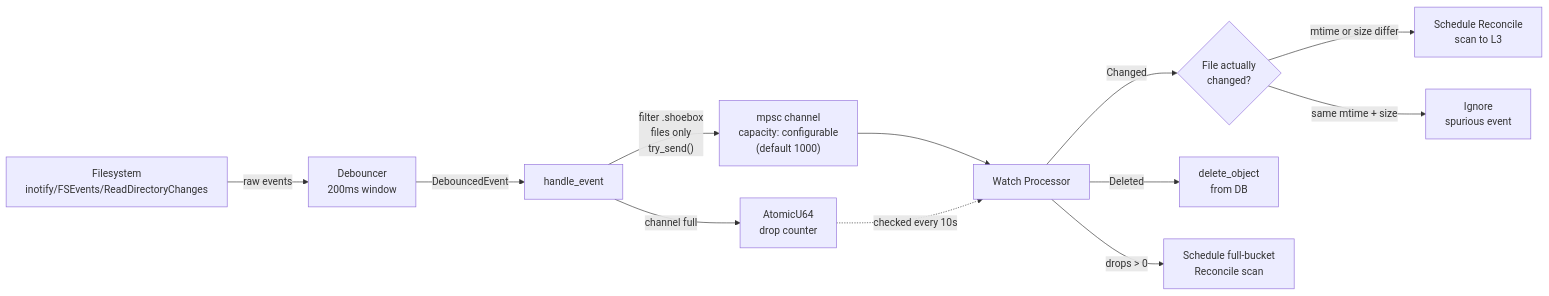
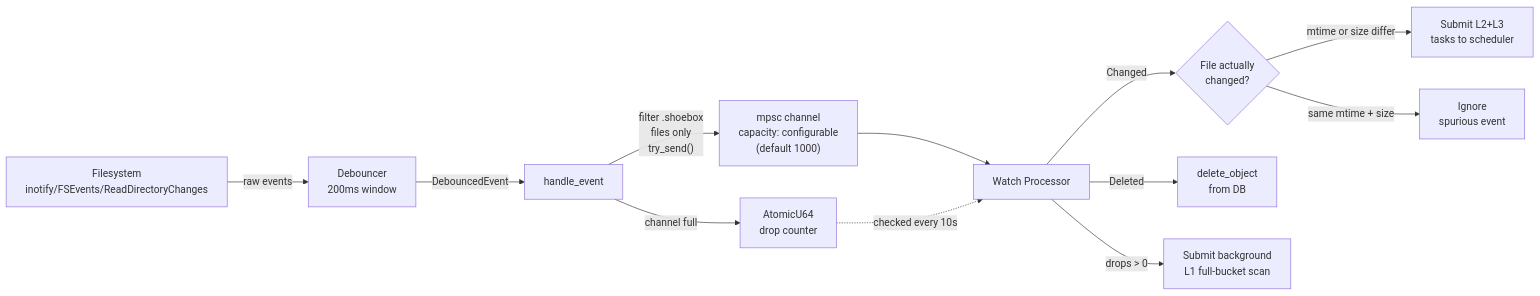
One commit to deepjoy/shoebox changed the sixth of 7 diagrams in docs/architecture/scanner.md. Above: the diagram before and after it, drawn with Mermaid. The commit also changed other lines of this file and 15 other files, not shown here.

````diff
--- a/docs/architecture/scanner.md
+++ b/docs/architecture/scanner.md
@@ -210,16 +222,16 @@
 ```mermaid
 graph LR
     FS["Filesystem<br>inotify/FSEvents/ReadDirectoryChanges"] -->|raw events| DEBOUNCE[Debouncer<br>200ms window]
     DEBOUNCE -->|DebouncedEvent| HANDLER[handle_event]
     HANDLER -->|"filter .shoebox<br>files only<br>try_send()"| CHAN["mpsc channel<br>capacity: configurable<br>(default 1000)"]
     HANDLER -->|"channel full"| DROPS["AtomicU64<br>drop counter"]
     CHAN --> WATCHPROC[Watch Processor]
     DROPS -.->|"checked every 10s"| WATCHPROC
 
     WATCHPROC -->|Changed| CHECK{File actually<br>changed?}
-    CHECK -->|mtime or size differ| SCHEDULE[Schedule Reconcile<br>scan to L3]
+    CHECK -->|mtime or size differ| SUBMIT[Submit L2+L3<br>tasks to scheduler]
     CHECK -->|same mtime + size| IGNORE[Ignore<br>spurious event]
 
     WATCHPROC -->|Deleted| DELETE[delete_object<br>from DB]
-    WATCHPROC -->|"drops > 0"| RECONCILE[Schedule full-bucket<br>Reconcile scan]
+    WATCHPROC -->|"drops > 0"| RECONCILE[Submit background<br>L1 full-bucket scan]
 ```
````
